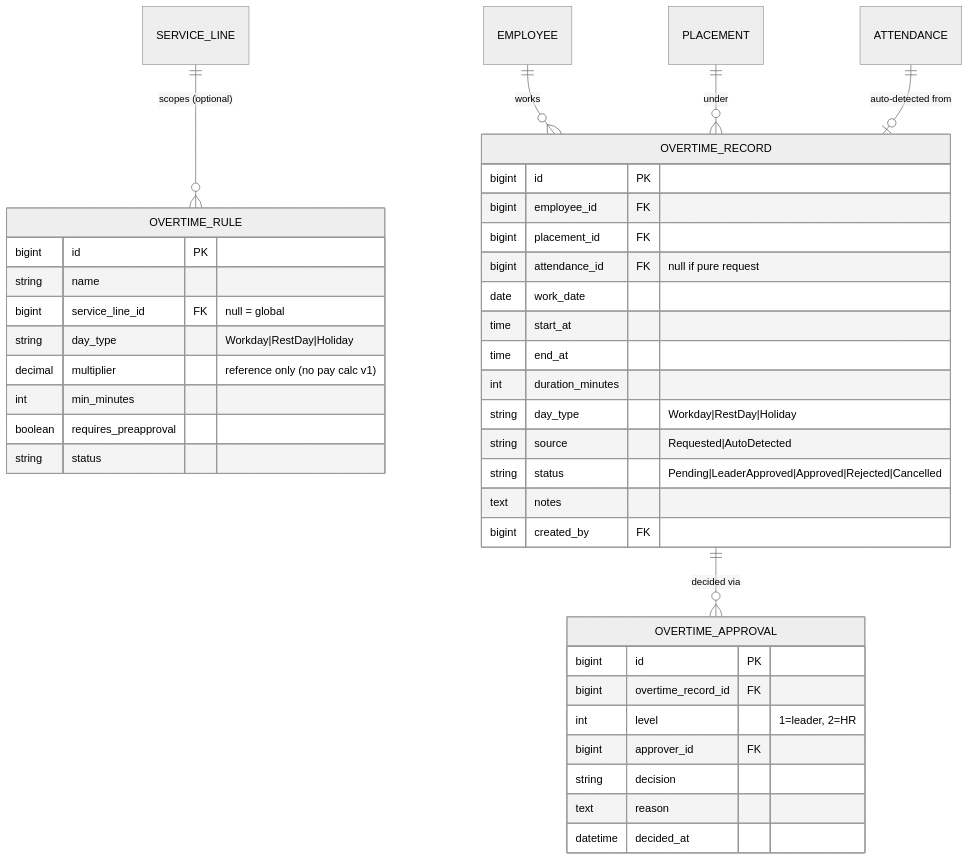
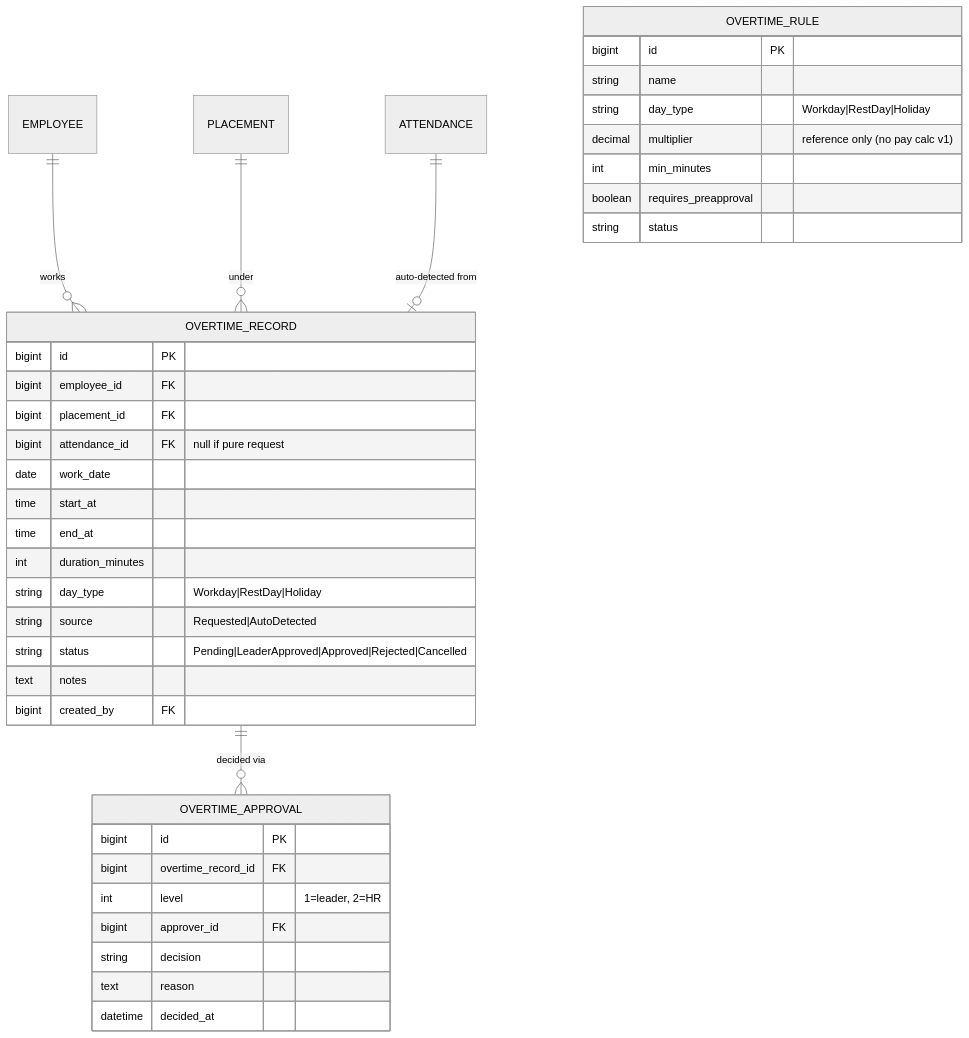
One commit to hariszaki17/hris-outsource changed the first of 5 diagrams in docs/epics/E7-overtime/FEATURE.md. Above: the diagram before and after it, drawn with Mermaid (neutral theme). The commit also changed other lines of this file and 239 other files, not shown here.

First line of the commit message:
feat!: remove service line concept end-to-end

````diff
--- a/docs/epics/E7-overtime/FEATURE.md
+++ b/docs/epics/E7-overtime/FEATURE.md
@@ -28,43 +28,41 @@
 ```mermaid
 erDiagram
-    SERVICE_LINE ||--o{ OVERTIME_RULE : "scopes (optional)"
     EMPLOYEE ||--o{ OVERTIME_RECORD : "works"
     PLACEMENT ||--o{ OVERTIME_RECORD : "under"
     ATTENDANCE ||--o| OVERTIME_RECORD : "auto-detected from"
     OVERTIME_RECORD ||--o{ OVERTIME_APPROVAL : "decided via"
 
     OVERTIME_RULE {
         bigint id PK
         string name
-        bigint service_line_id FK "null = global"
         string day_type "Workday|RestDay|Holiday"
         decimal multiplier "reference only (no pay calc v1)"
         int min_minutes
         boolean requires_preapproval
         string status
     }
     OVERTIME_RECORD {
         bigint id PK
         bigint employee_id FK
         bigint placement_id FK
         bigint attendance_id FK "null if pure request"
         date work_date
         time start_at
         time end_at
         int duration_minutes
         string day_type "Workday|RestDay|Holiday"
         string source "Requested|AutoDetected"
         string status "Pending|LeaderApproved|Approved|Rejected|Cancelled"
         text notes
         bigint created_by FK
     }
     OVERTIME_APPROVAL {
         bigint id PK
         bigint overtime_record_id FK
         int level "1=leader, 2=HR"
         bigint approver_id FK
         string decision
         text reason
         datetime decided_at
     }
 ```
````
